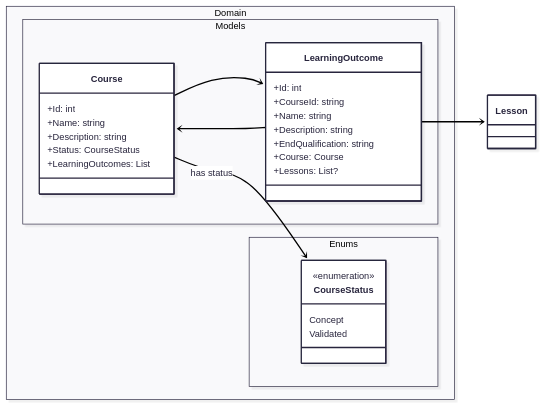
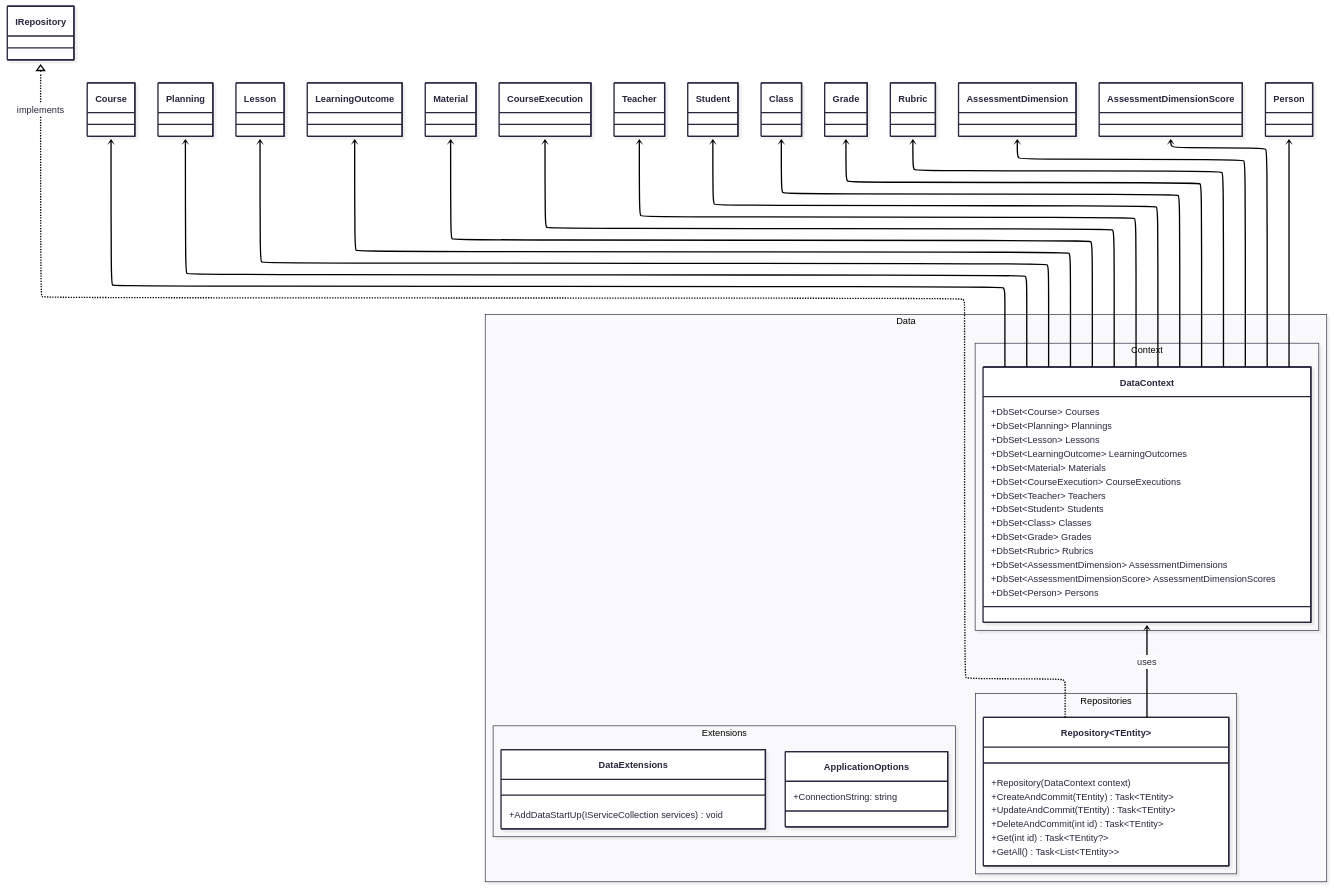
Before and after one commit to kelvin0307/oose: the diagram in Domain/Diagrams/Domain.mermaid, drawn with Mermaid. The commit also changed 18 other files, not shown here.

Commit message:
grade students functionality

```diff
--- a/Domain/Diagrams/Domain.mermaid
+++ b/Domain/Diagrams/Domain.mermaid
@@ -1,41 +1,81 @@
 ---
 config:
   look: neo
-  theme: redux
-  layout: dagre
+  theme: default
+  layout: elk
 ---
+%%{init: {'theme': 'redux', 'flowchart': {'nodeSpacing': 150, 'rankSpacing': 100}}}%%
 classDiagram
-direction LR  
-   namespace Domain.Models {
-        class Course {
-            +Id: int
-            +Name: string
-            +Description: string
-            +Status: CourseStatus
-            +LearningOutcomes: List<LearningOutcome>
-       }
-
-       class LearningOutcome {
-            +Id: int
-            +CourseId: string
-            +Name: string
-            +Description: string
-            +EndQualification: string
-            +Course: Course
-            +Lessons: List<Lessons>?
-       }
-    }
-
-    namespace Domain.Enums {
-        class CourseStatus{
-            <<enumeration>>
-            Concept
-            Validated
+direction BT   
+    namespace Data.Repositories {
+        class Repository~TEntity~ {
+            +Repository(DataContext context)
+            +CreateAndCommit(TEntity) Task~TEntity~
+            +UpdateAndCommit(TEntity) Task~TEntity~
+            +DeleteAndCommit(int id) Task~TEntity~
+            +Get(int id) Task~TEntity?~
+            +GetAll() Task~List~TEntity~~
         }
     }
 
-%% Relations
-    Course --> CourseStatus : has status
-    Course --> LearningOutcome
-    LearningOutcome --> Course
-    LearningOutcome --> Lesson
+    namespace Data.Context {
+        class DataContext {
+            +DbSet~Course~ Courses
+            +DbSet~Planning~ Plannings
+            +DbSet~Lesson~ Lessons
+            +DbSet~LearningOutcome~ LearningOutcomes
+            +DbSet~Material~ Materials
+            +DbSet~CourseExecution~ CourseExecutions
+            +DbSet~Teacher~ Teachers
+            +DbSet~Student~ Students
+            +DbSet~Class~ Classes
+            +DbSet~Grade~ Grades
+            +DbSet~Rubric~ Rubrics
+            +DbSet~AssessmentDimension~ AssessmentDimensions
+            +DbSet~AssessmentDimensionScore~ AssessmentDimensionScores
+            +DbSet~Person~ Persons
+        }
+    }
+
+    namespace Data.Extensions {
+        class DataExtensions {
+            +AddDataStartUp(IServiceCollection services) void
+        }
+
+        class ApplicationOptions {
+            +ConnectionString: string
+        }
+    }
+
+    %% Domain models referenced by Data project
+    class Course
+    class Planning
+    class Lesson
+    class LearningOutcome
+    class Material
+    class CourseExecution
+    class Teacher
+    class Student
+    class Class
+    class Grade
+    class Rubric
+    class AssessmentDimension
+    class AssessmentDimensionScore
+    class Person
+
+    Repository~TEntity~ --> DataContext : uses
+    Repository~TEntity~ ..|> IRepository : implements
+    DataContext --> Course
+    DataContext --> LearningOutcome
+    DataContext --> Material
+    DataContext --> Planning
+    DataContext --> Lesson
+    DataContext --> CourseExecution
+    DataContext --> Teacher
+    DataContext --> Student
+    DataContext --> Class
+    DataContext --> Grade
+    DataContext --> Rubric
+    DataContext --> AssessmentDimension
+    DataContext --> AssessmentDimensionScore
+    DataContext --> Person
```
